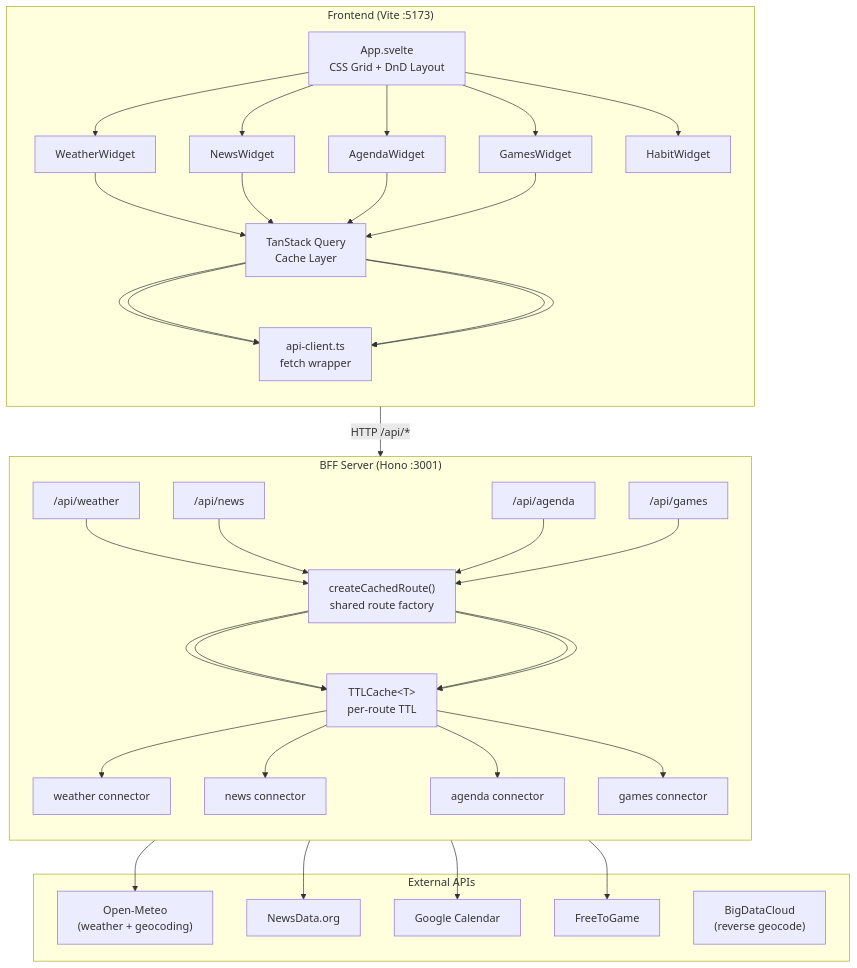
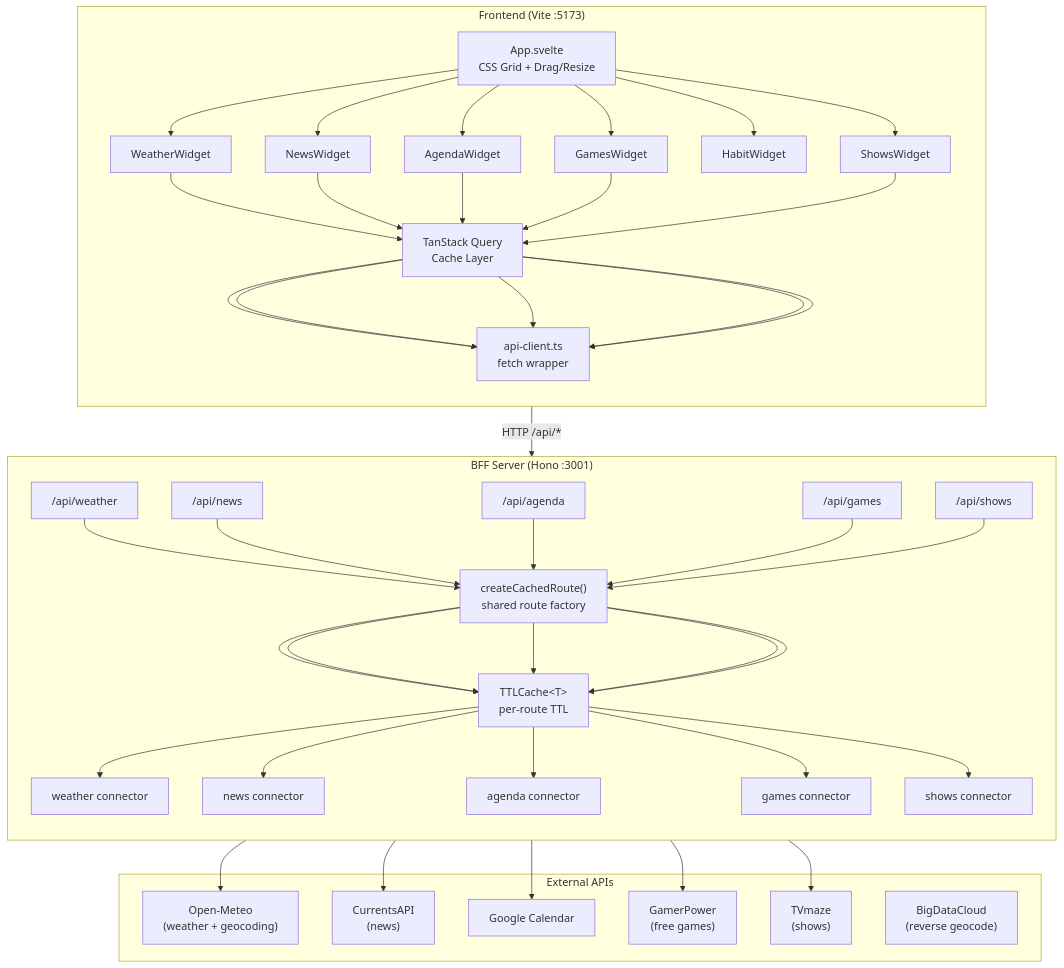
Before and after one commit to gabrielLoff/dashboard: the first of 2 diagrams in docs/architecture/architecture.md, drawn with Mermaid. The commit also changed other lines of this file and 4 other files, not shown here.

First line of the commit message:
docs: update architecture docs for widget manifest and registry pattern

````diff
--- a/docs/architecture/architecture.md
+++ b/docs/architecture/architecture.md
@@ -7,49 +7,55 @@
 ```mermaid
 graph TD
     subgraph Frontend["Frontend (Vite :5173)"]
         direction TB
-        A["App.svelte<br/>CSS Grid + DnD Layout"]
+        A["App.svelte<br/>CSS Grid + Drag/Resize"]
         W1["WeatherWidget"]
         W2["NewsWidget"]
         W3["AgendaWidget"]
         W4["GamesWidget"]
         W5["HabitWidget"]
+        W6["ShowsWidget"]
         TQ["TanStack Query<br/>Cache Layer"]
         API["api-client.ts<br/>fetch wrapper"]
     end
 
     subgraph BFF["BFF Server (Hono :3001)"]
         direction TB
         CR["createCachedRoute()<br/>shared route factory"]
         R1["/api/weather"]
         R2["/api/news"]
         R3["/api/agenda"]
         R4["/api/games"]
+        R5["/api/shows"]
         Cache["TTLCache&lt;T&gt;<br/>per-route TTL"]
         C1["weather connector"]
         C2["news connector"]
         C3["agenda connector"]
         C4["games connector"]
+        C5["shows connector"]
     end
 
     subgraph External["External APIs"]
         E1["Open-Meteo<br/>(weather + geocoding)"]
-        E2["NewsData.org"]
+        E2["CurrentsAPI<br/>(news)"]
         E3["Google Calendar"]
-        E4["FreeToGame"]
-        E5["BigDataCloud<br/>(reverse geocode)"]
+        E4["GamerPower<br/>(free games)"]
+        E5["TVmaze<br/>(shows)"]
+        E6["BigDataCloud<br/>(reverse geocode)"]
     end
 
     A --> W1 --> TQ --> API
     A --> W2 --> TQ --> API
     A --> W3 --> TQ --> API
     A --> W4 --> TQ --> API
     A --> W5
+    A --> W6 --> TQ --> API
 
     API -->|"HTTP /api/*"| BFF
 
     R1 --> CR --> Cache --> C1 --> E1
     R2 --> CR --> Cache --> C2 --> E2
     R3 --> CR --> Cache --> C3 --> E3
     R4 --> CR --> Cache --> C4 --> E4
+    R5 --> CR --> Cache --> C5 --> E5
 ```
````
